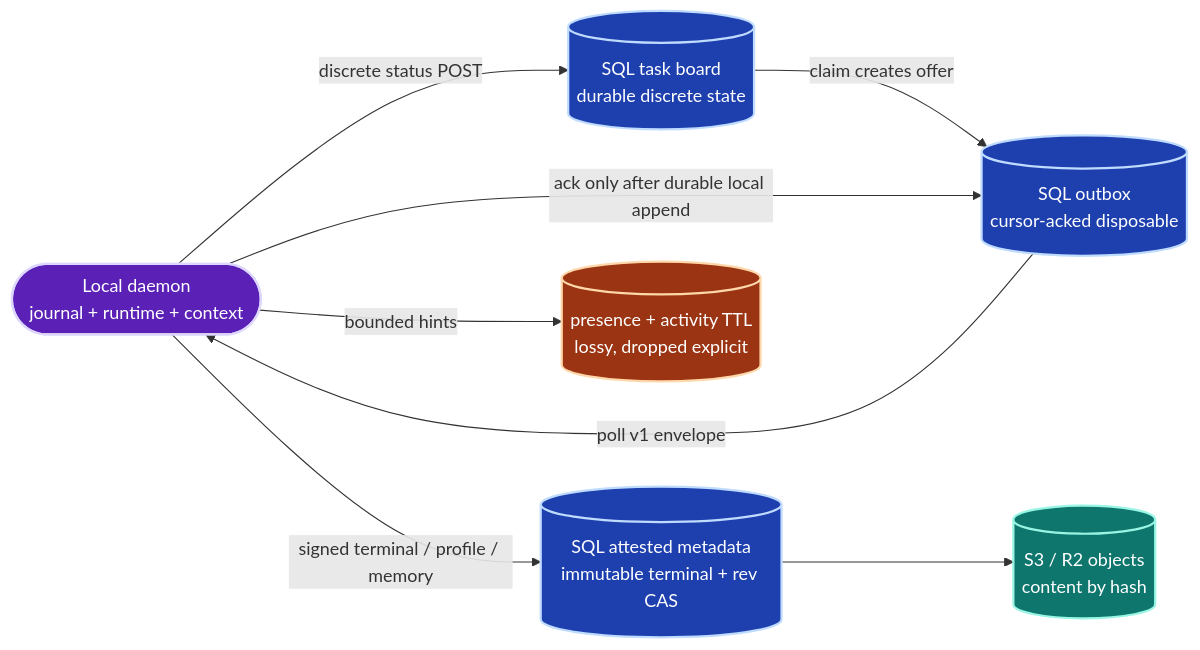
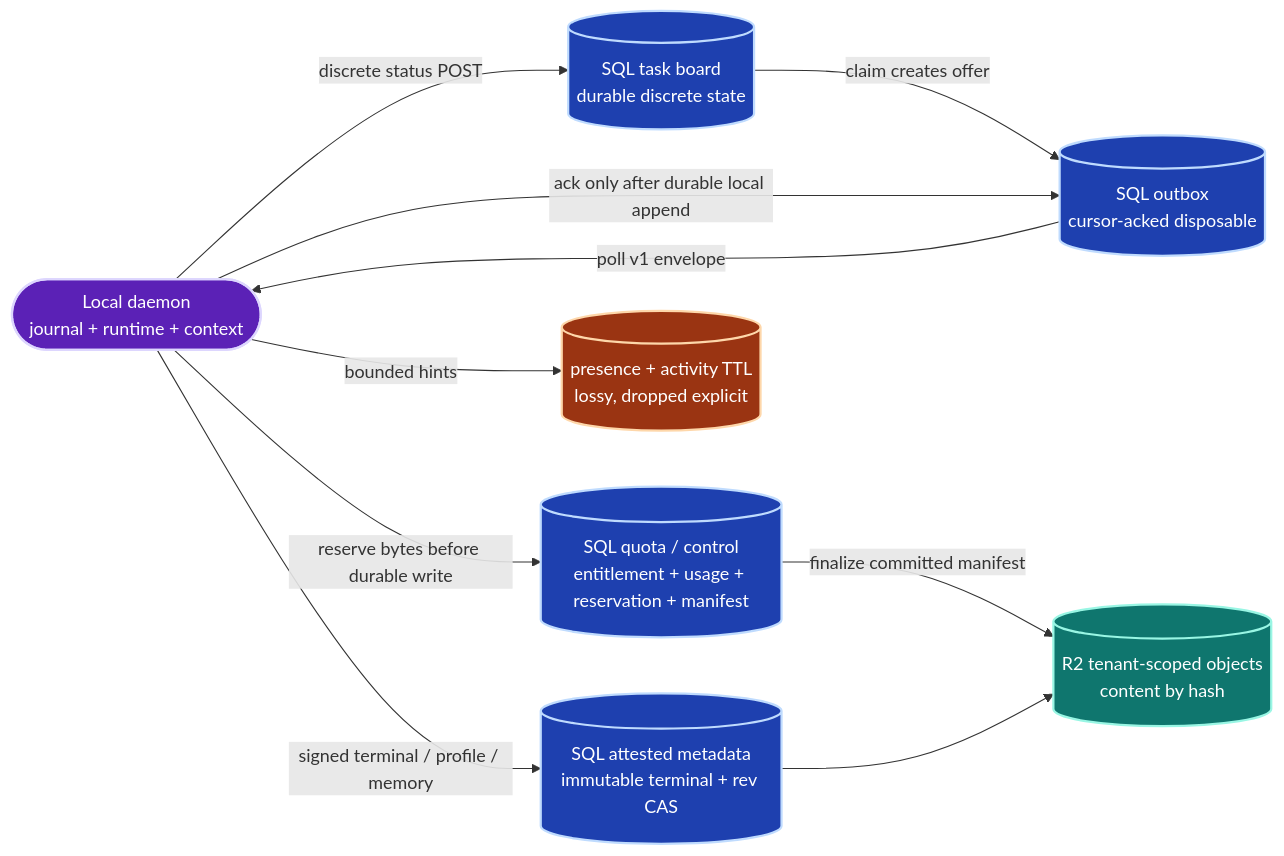
Diagram 18 of 23 in docs/architecture/sdk-architecture.md (Ancienttwo/byok-sdk), drawn with Mermaid before and after one commit. The commit also changed other lines of this file and 2 other files, not shown here.

First line of the commit message:
docs(architecture): merge GPT Pro v2 storage/quota increments

````diff
--- a/docs/architecture/sdk-architecture.md
+++ b/docs/architecture/sdk-architecture.md
@@ -1023,22 +1028,25 @@
 ```mermaid
 flowchart LR
   classDef local fill:#5b21b6,stroke:#ddd6fe,stroke-width:2px,color:#fff
   classDef durable fill:#1e40af,stroke:#bfdbfe,stroke-width:2px,color:#fff
   classDef ephemeral fill:#9a3412,stroke:#fed7aa,stroke-width:2px,color:#fff
   classDef object fill:#0f766e,stroke:#99f6e4,stroke-width:2px,color:#fff
 
   Daemon(["Local daemon<br/>journal + runtime + context"]):::local
   Board[("SQL task board<br/>durable discrete state")]:::durable
   Mailbox[("SQL outbox<br/>cursor-acked disposable")]:::durable
   Truth[("SQL attested metadata<br/>immutable terminal + rev CAS")]:::durable
-  Object[("S3 / R2 objects<br/>content by hash")]:::object
+  Quota[("SQL quota / control<br/>entitlement + usage + reservation + manifest")]:::durable
+  Object[("R2 tenant-scoped objects<br/>content by hash")]:::object
   Presence[("presence + activity TTL<br/>lossy, dropped explicit")]:::ephemeral
 
   Board -->|"claim creates offer"| Mailbox
   Mailbox -->|"poll v1 envelope"| Daemon
   Daemon -->|"ack only after durable local append"| Mailbox
+  Daemon -->|"reserve bytes before durable write"| Quota
   Daemon -->|"signed terminal / profile / memory"| Truth
+  Quota -->|"finalize committed manifest"| Object
   Truth --> Object
   Daemon -->|"bounded hints"| Presence
   Daemon -->|"discrete status POST"| Board
 ```
````
